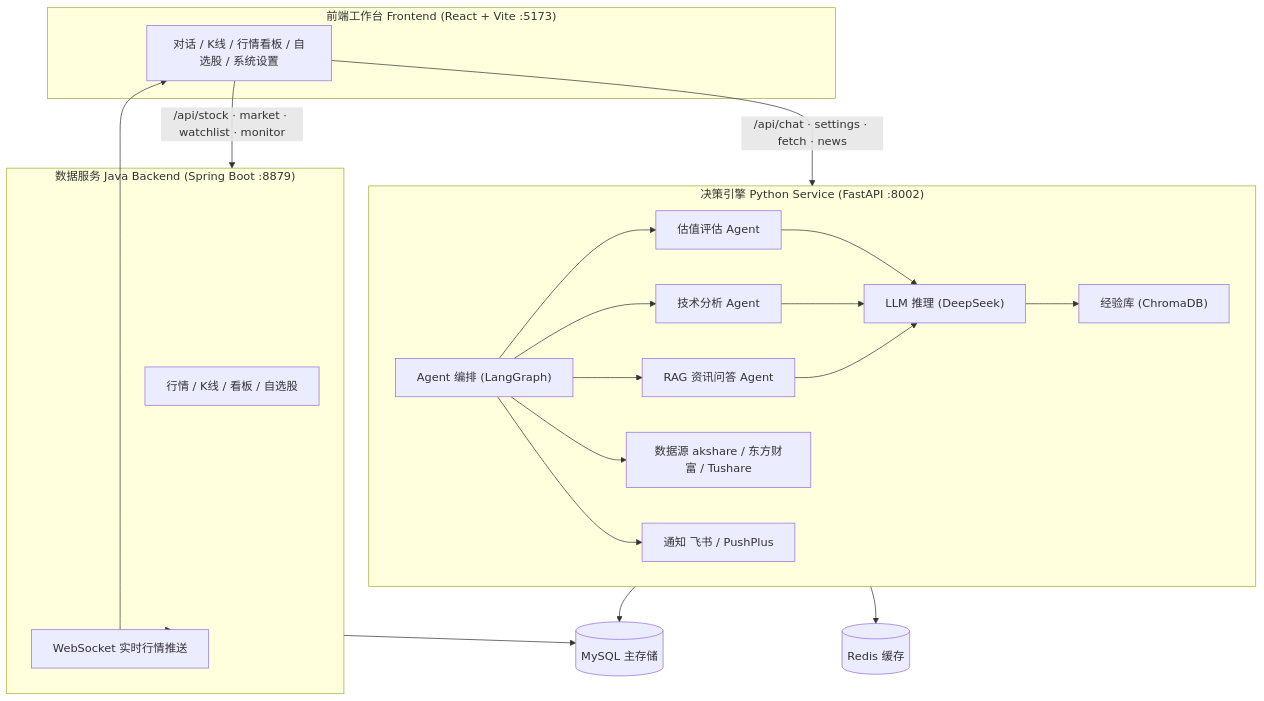
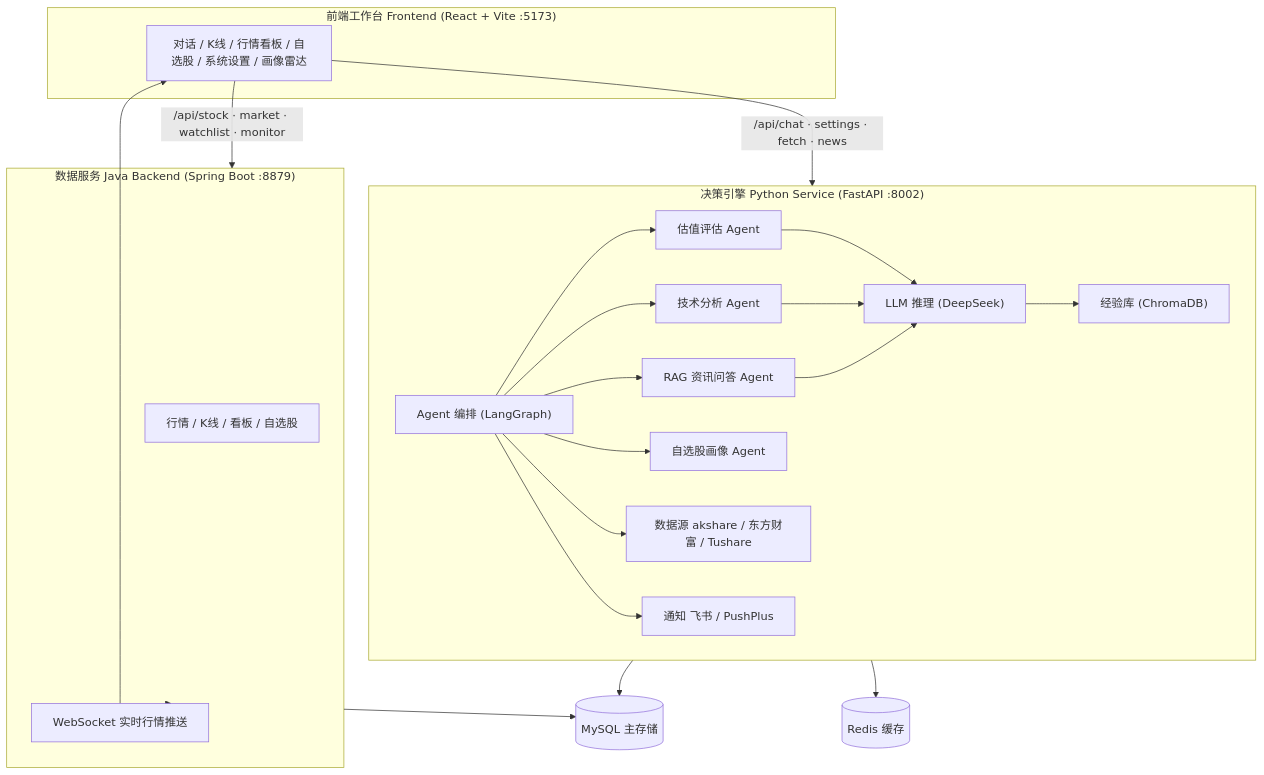
Before and after one commit to Coder-xiaosuo/Investment-Compass: the diagram in README.md, drawn with Mermaid. The commit also changed other lines of this file, not shown here.

````diff
--- a/README.md
+++ b/README.md
@@ -53,43 +78,45 @@
 ```mermaid
 flowchart TB
     subgraph FE["前端工作台 Frontend (React + Vite :5173)"]
-        UI["对话 / K线 / 行情看板 / 自选股 / 系统设置"]
+        UI["对话 / K线 / 行情看板 / 自选股 / 系统设置 / 画像雷达"]
     end
 
     subgraph JV["数据服务 Java Backend (Spring Boot :8879)"]
         MC["行情 / K线 / 看板 / 自选股"]
         WS["WebSocket 实时行情推送"]
     end
 
     subgraph PY["决策引擎 Python Service (FastAPI :8002)"]
         ORCH["Agent 编排 (LangGraph)"]
         VA["估值评估 Agent"]
         TA["技术分析 Agent"]
         AD["RAG 资讯问答 Agent"]
+        WA["自选股画像 Agent"]
         LLM["LLM 推理 (DeepSeek)"]
         VEC["经验库 (ChromaDB)"]
         SRC["数据源 akshare / 东方财富 / Tushare"]
         NT["通知 飞书 / PushPlus"]
     end
 
     DB[("MySQL 主存储")]
     RD[("Redis 缓存")]
 
     UI -->|"/api/chat · settings · fetch · news"| PY
     UI -->|"/api/stock · market · watchlist · monitor"| JV
     JV --> WS --> UI
 
     ORCH --> VA
     ORCH --> TA
     ORCH --> AD
+    ORCH --> WA
     VA --> LLM
     TA --> LLM
     AD --> LLM
     LLM --> VEC
     ORCH --> SRC
     ORCH --> NT
 
     PY --> DB
     PY --> RD
     JV --> DB
 ```
````
